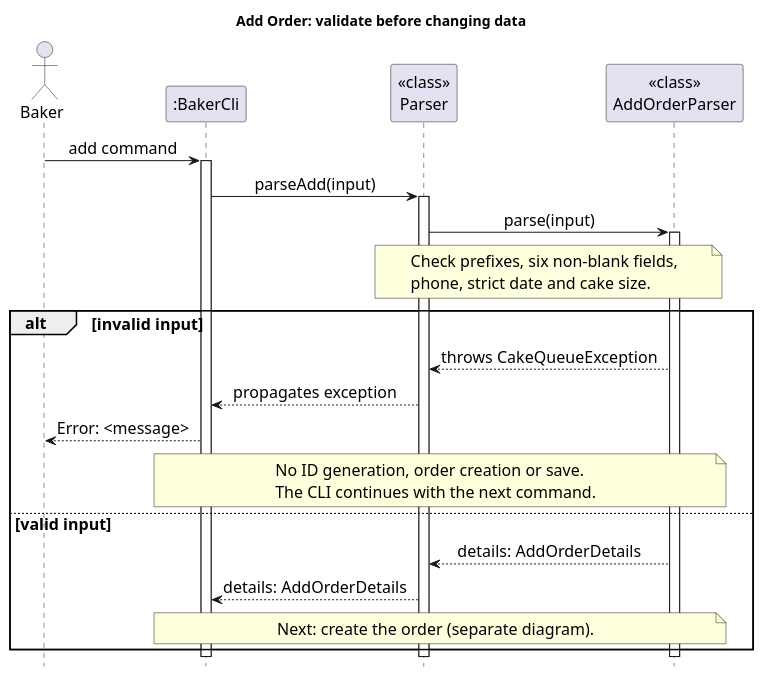
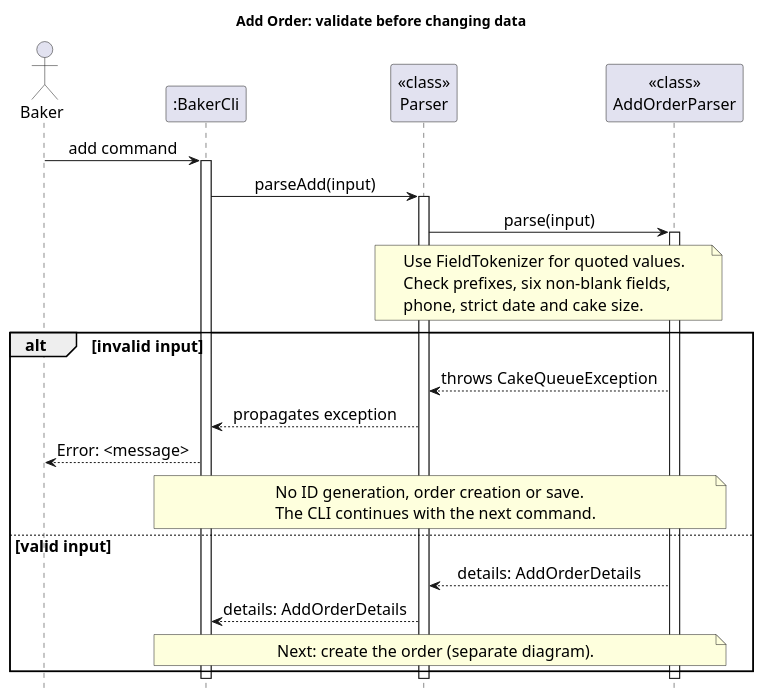
One commit to AY2627S1-CS2113-W12-1/tp changed the diagram in docs/diagrams/add-order-validation.puml. Above: the diagram before and after it, drawn with PlantUML. The commit also changed 11 other files, not shown here.

```diff
--- a/docs/diagrams/add-order-validation.puml
+++ b/docs/diagrams/add-order-validation.puml
@@ -1,41 +1,42 @@
 @startuml
 ' Author: Eethanzyj
 title Add Order: validate before changing data
 skinparam backgroundColor white
 skinparam defaultFontName SansSerif
 skinparam defaultFontSize 16
 skinparam sequenceMessageAlign center
 hide footbox
 
 actor Baker
 participant ":BakerCli" as Cli
 participant "<<class>>\nParser" as Parser
 participant "<<class>>\nAddOrderParser" as AddParser
 
 Baker -> Cli : add command
 activate Cli
 Cli -> Parser : parseAdd(input)
 activate Parser
 Parser -> AddParser : parse(input)
 activate AddParser
 note over Parser, AddParser
+  Use FieldTokenizer for quoted values.
   Check prefixes, six non-blank fields,
   phone, strict date and cake size.
 end note
 alt invalid input
   AddParser --> Parser : throws CakeQueueException
   Parser --> Cli : propagates exception
   Cli --> Baker : Error: <message>
   note over Cli, AddParser
     No ID generation, order creation or save.
     The CLI continues with the next command.
   end note
 else valid input
   AddParser --> Parser : details: AddOrderDetails
   Parser --> Cli : details: AddOrderDetails
   note over Cli, AddParser : Next: create the order (separate diagram).
 end
 deactivate AddParser
 deactivate Parser
 deactivate Cli
 @enduml
```
